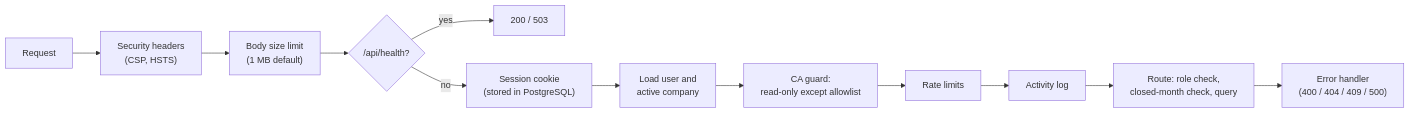
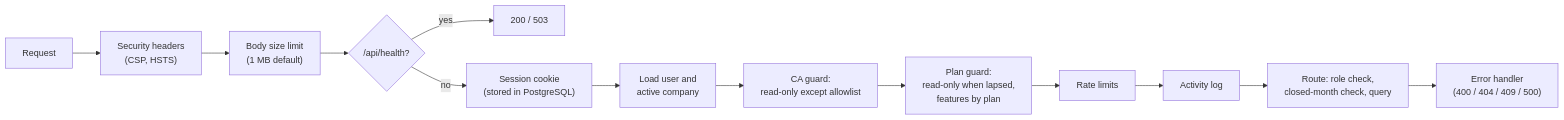
The second of 7 diagrams in README.md (ladkrutarth/diamledger), drawn with Mermaid before and after one commit. The commit also changed other lines of this file and 18 other files, not shown here.

````diff
--- a/README.md
+++ b/README.md
@@ -135,14 +149,15 @@
 ```mermaid
 flowchart LR
   req["Request"] --> headers["Security headers<br/>(CSP, HSTS)"]
   headers --> body["Body size limit<br/>(1 MB default)"]
   body --> health{"/api/health?"}
   health -- yes --> ok["200 / 503"]
   health -- no --> session["Session cookie<br/>(stored in PostgreSQL)"]
   session --> user["Load user and<br/>active company"]
   user --> ca["CA guard:<br/>read-only except allowlist"]
-  ca --> limit["Rate limits"]
+  ca --> plan["Plan guard:<br/>read-only when lapsed,<br/>features by plan"]
+  plan --> limit["Rate limits"]
   limit --> audit["Activity log"]
   audit --> route["Route: role check,<br/>closed-month check, query"]
   route --> errors["Error handler<br/>(400 / 404 / 409 / 500)"]
 ```
````
